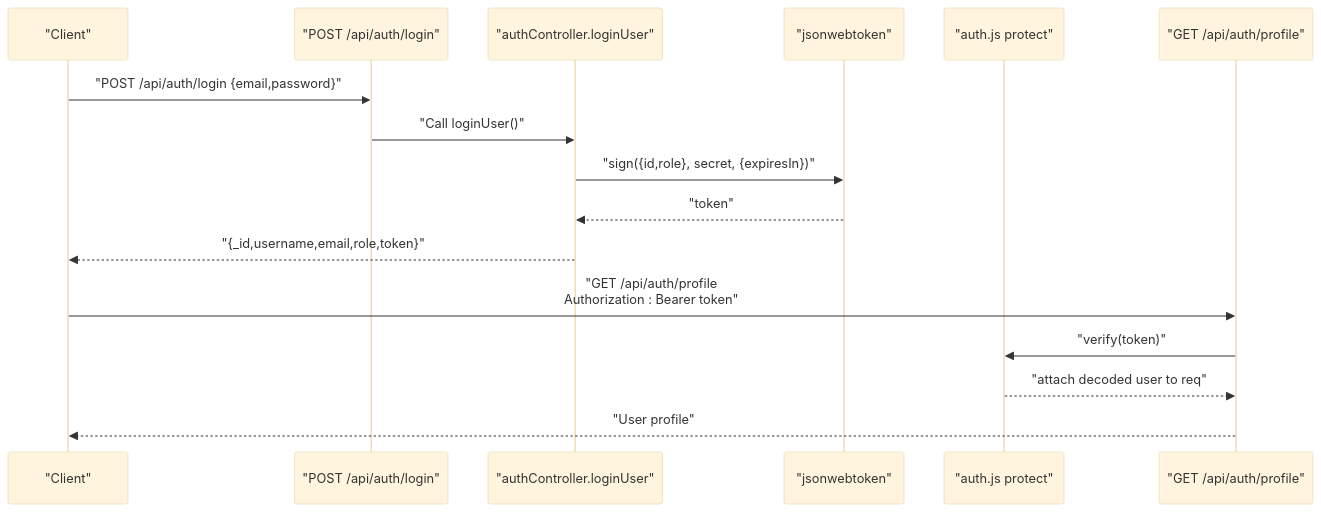
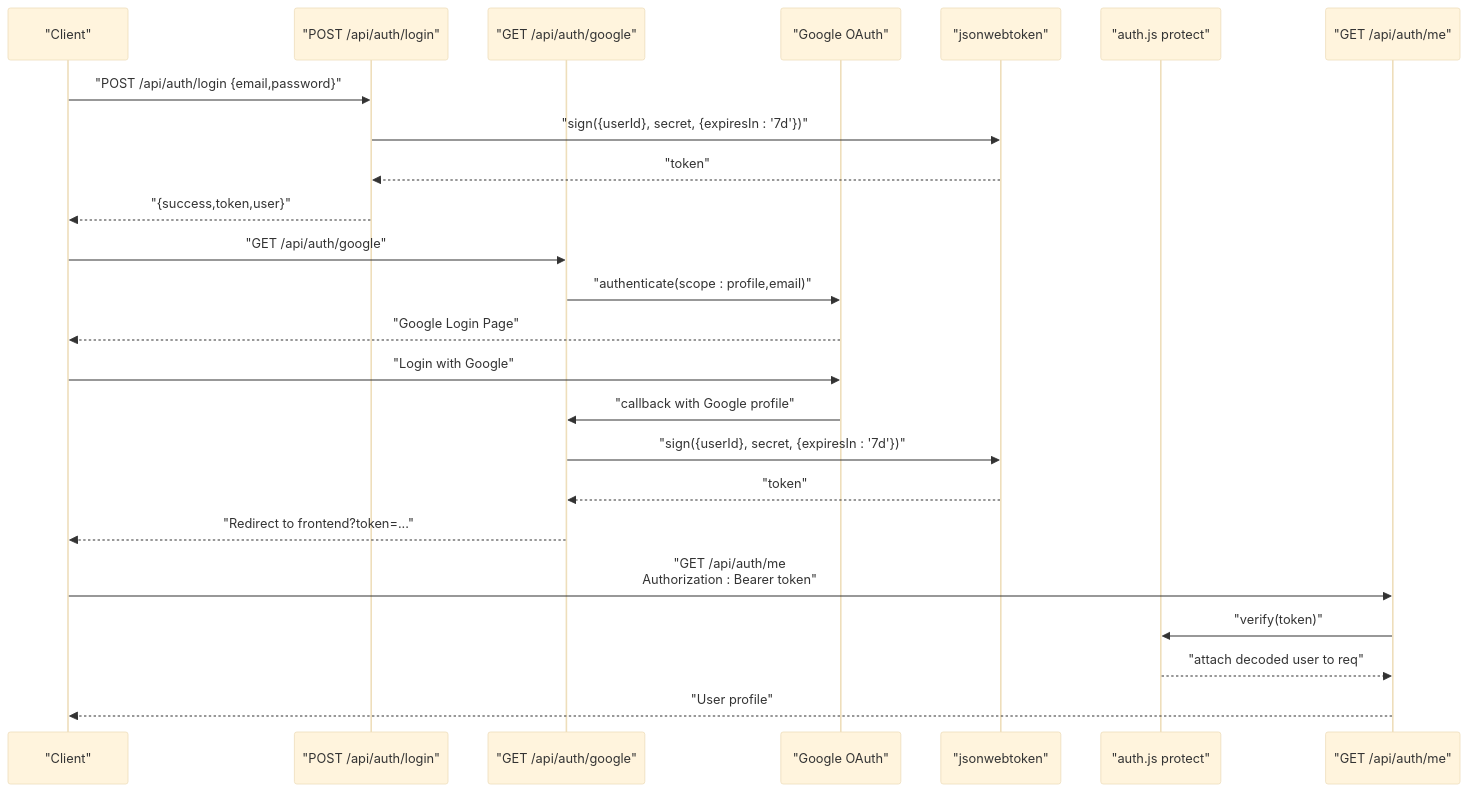
Before and after one commit to ganesh-NB/readsphere: the third of 5 diagrams in .qoder/repowiki/en/content/Backend API Documentation/Backend API Documentation.md, drawn with Mermaid (base theme). The commit also changed other lines of this file and 46 other files, not shown here.

````diff
--- a/.qoder/repowiki/en/content/Backend API Documentation/Backend API Documentation.md
+++ b/.qoder/repowiki/en/content/Backend API Documentation/Backend API Documentation.md
@@ -380,18 +539,26 @@
 ```mermaid
 sequenceDiagram
 participant Client as "Client"
 participant AuthRoute as "POST /api/auth/login"
-participant AuthCtrl as "authController.loginUser"
+participant GoogleRoute as "GET /api/auth/google"
+participant GoogleAuth as "Google OAuth"
 participant JWT as "jsonwebtoken"
 participant MW as "auth.js protect"
-participant Profile as "GET /api/auth/profile"
+participant Profile as "GET /api/auth/me"
 Client->>AuthRoute : "POST /api/auth/login {email,password}"
-AuthRoute->>AuthCtrl : "Call loginUser()"
-AuthCtrl->>JWT : "sign({id,role}, secret, {expiresIn})"
-JWT-->>AuthCtrl : "token"
-AuthCtrl-->>Client : "{_id,username,email,role,token}"
-Client->>Profile : "GET /api/auth/profile<br/>Authorization : Bearer token"
+AuthRoute->>JWT : "sign({userId}, secret, {expiresIn : '7d'})"
+JWT-->>AuthRoute : "token"
+AuthRoute-->>Client : "{success,token,user}"
+Client->>GoogleRoute : "GET /api/auth/google"
+GoogleRoute->>GoogleAuth : "authenticate(scope : profile,email)"
+GoogleAuth-->>Client : "Google Login Page"
+Client->>GoogleAuth : "Login with Google"
+GoogleAuth->>GoogleRoute : "callback with Google profile"
+GoogleRoute->>JWT : "sign({userId}, secret, {expiresIn : '7d'})"
+JWT-->>GoogleRoute : "token"
+GoogleRoute-->>Client : "Redirect to frontend?token=..."
+Client->>Profile : "GET /api/auth/me<br/>Authorization : Bearer token"
 Profile->>MW : "verify(token)"
 MW-->>Profile : "attach decoded user to req"
 Profile-->>Client : "User profile"
 ```
````
